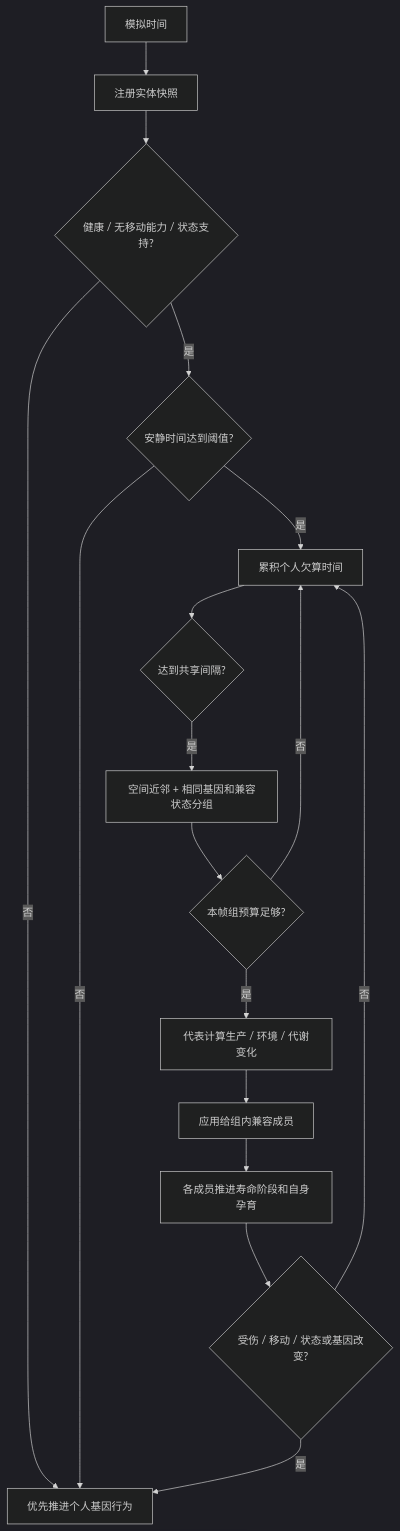
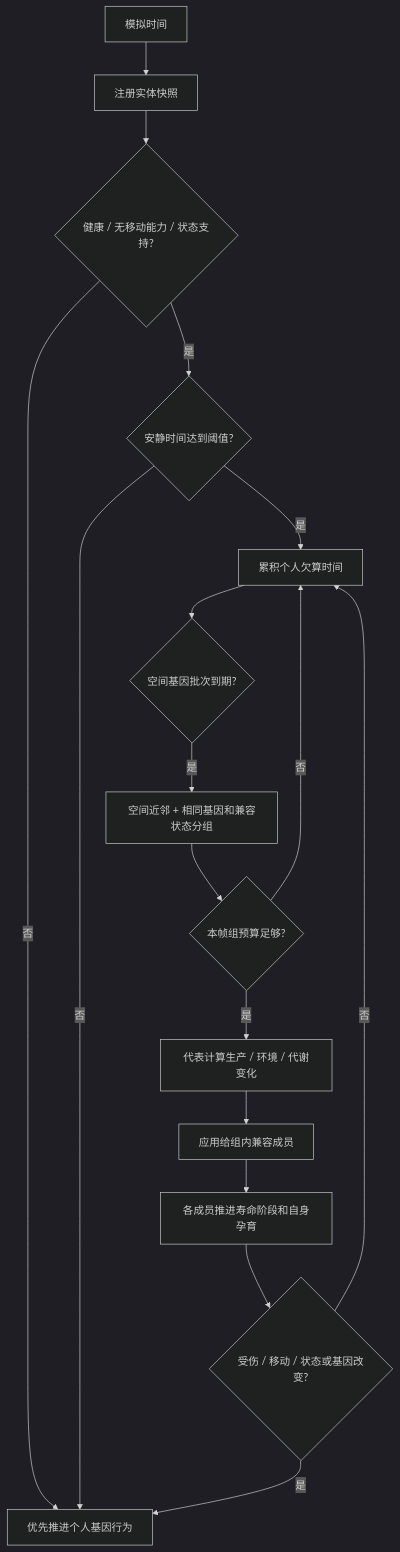
The diagram in Docs/开发设计/实体任务与近邻合并计算.md (xhs6666/Darwin_paradise), drawn with Mermaid (dark theme) before and after one commit. The commit also changed other lines of this file and 119 other files, not shown here.

````diff
--- a/Docs/开发设计/实体任务与近邻合并计算.md
+++ b/Docs/开发设计/实体任务与近邻合并计算.md
@@ -15,19 +15,19 @@
 ```mermaid
 flowchart TD
   A[模拟时间] --> B[注册实体快照]
   B --> C{健康 / 无移动能力 / 状态支持?}
   C -- 否 --> D[优先推进个人基因行为]
   C -- 是 --> E{安静时间达到阈值?}
   E -- 否 --> D
   E -- 是 --> F[累积个人欠算时间]
-  F --> G{达到共享间隔?}
+  F --> G{空间基因批次到期?}
   G -- 是 --> H[空间近邻 + 相同基因和兼容状态分组]
   H --> I{本帧组预算足够?}
   I -- 否 --> F
   I -- 是 --> J[代表计算生产 / 环境 / 代谢变化]
   J --> K[应用给组内兼容成员]
   K --> L[各成员推进寿命阶段和自身孕育]
   L --> M{受伤 / 移动 / 状态或基因改变?}
   M -- 是 --> D
   M -- 否 --> F
 ```
````
